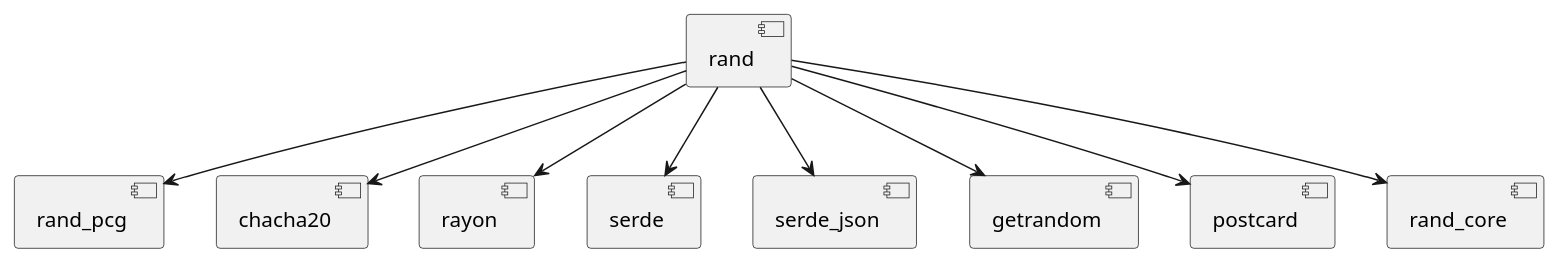
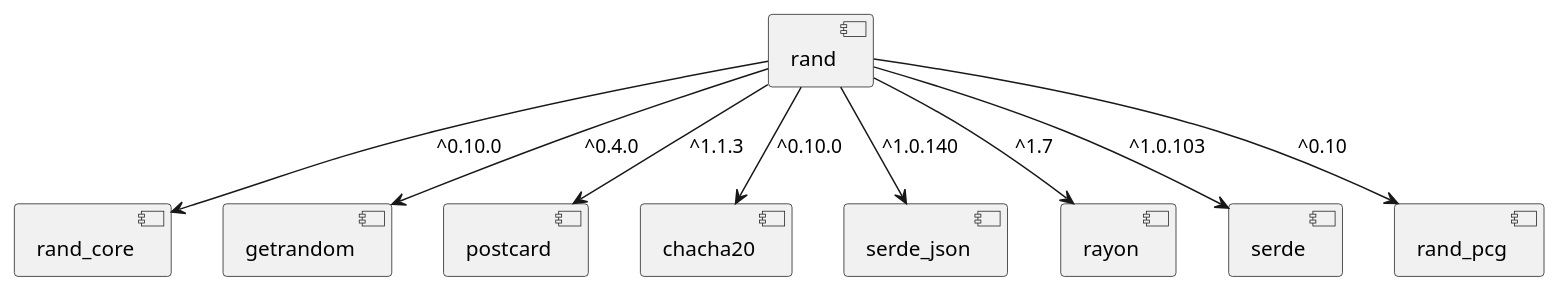
One commit to chaikachi/Dependency-Graph changed the first of 3 diagrams in README.md. Above: the diagram before and after it, drawn with PlantUML. The commit also changed other lines of this file, not shown here.

````diff
--- a/README.md
+++ b/README.md
@@ -40,12 +40,12 @@
 ```plantuml
 @startuml
-[rand] --> [rand_pcg]
-[rand] --> [chacha20]
-[rand] --> [rayon]
-[rand] --> [serde]
-[rand] --> [serde_json]
-[rand] --> [getrandom]
-[rand] --> [postcard]
-[rand] --> [rand_core]
+[rand] --> [rand_core] : "^0.10.0"
+[rand] --> [getrandom] : "^0.4.0"
+[rand] --> [postcard] : "^1.1.3"
+[rand] --> [chacha20] : "^0.10.0"
+[rand] --> [serde_json] : "^1.0.140"
+[rand] --> [rayon] : "^1.7"
+[rand] --> [serde] : "^1.0.103"
+[rand] --> [rand_pcg] : "^0.10"
 @enduml
 ```
````
